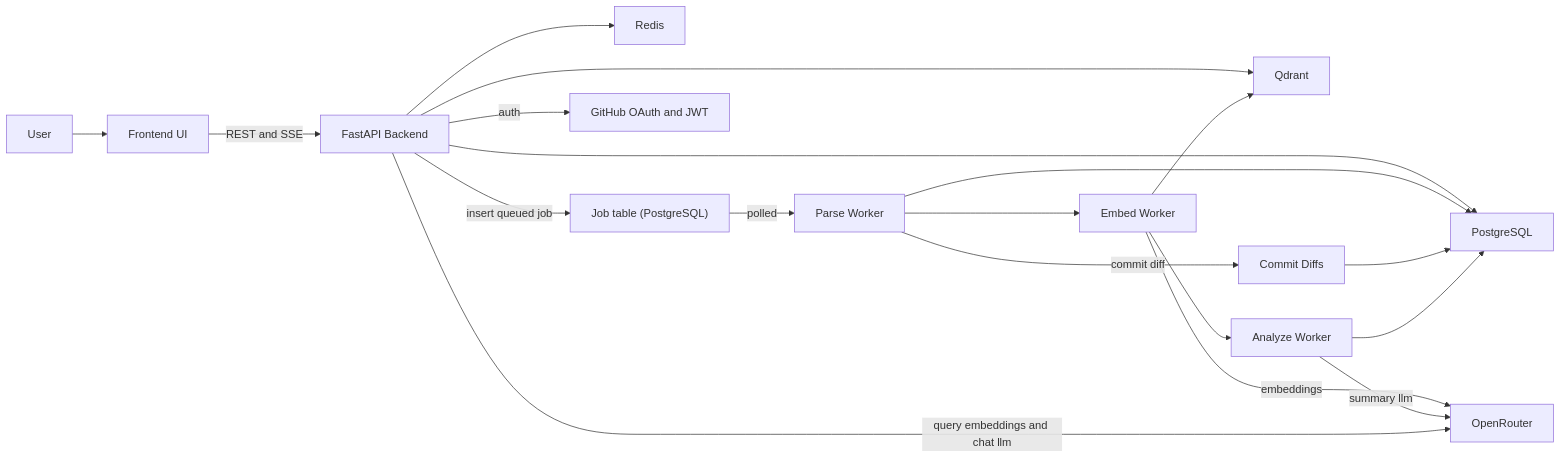
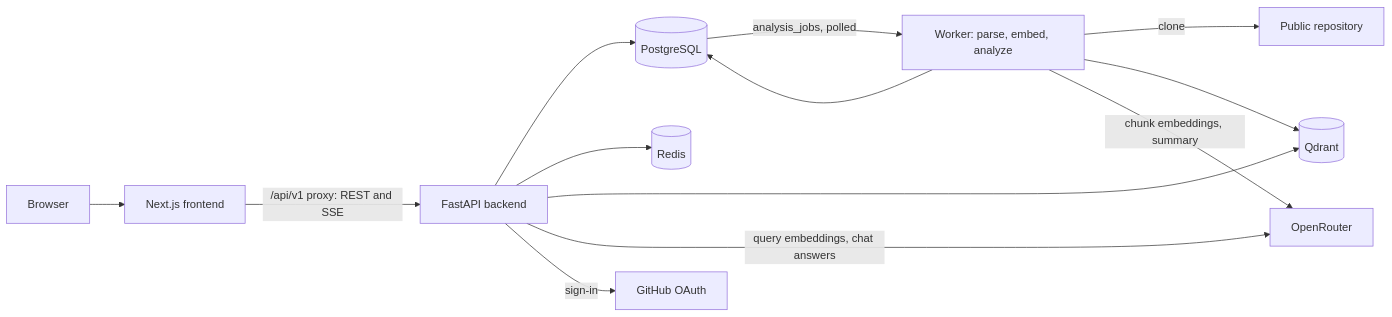
The diagram in README.md (atikulmunna/devlens-fullstack), drawn with Mermaid before and after one commit. The commit also changed other lines of this file and 3 other files, not shown here.

````diff
--- a/README.md
+++ b/README.md
@@ -44,25 +39,15 @@
 ```mermaid
 flowchart LR
-  user["User"] --> frontend["Frontend UI"]
-  frontend -->|REST and SSE| backend["FastAPI Backend"]
-
-  backend --> postgres["PostgreSQL"]
-  backend --> redis["Redis"]
-  backend --> qdrant["Qdrant"]
-
-  backend -->|insert queued job| jobs["Job table (PostgreSQL)"]
-  jobs -->|polled| parse["Parse Worker"]
-  parse --> embed["Embed Worker"]
-  embed --> analyze["Analyze Worker"]
-
-  parse --> postgres
-  parse -->|commit diff| diff["Commit Diffs"]
-  diff --> postgres
-  embed --> qdrant
-  analyze --> postgres
-
-  embed -->|embeddings| openrouter["OpenRouter"]
-  analyze -->|summary llm| openrouter
-  backend -->|auth| auth["GitHub OAuth and JWT"]
-  backend -->|query embeddings and chat llm| openrouter
+  user["Browser"] --> frontend["Next.js frontend"]
+  frontend -->|"/api/v1 proxy: REST and SSE"| backend["FastAPI backend"]
+  backend --> postgres[("PostgreSQL")]
+  backend --> redis[("Redis")]
+  backend --> qdrant[("Qdrant")]
+  backend -->|"query embeddings, chat answers"| openrouter["OpenRouter"]
+  backend -->|"sign-in"| github["GitHub OAuth"]
+  postgres -->|"analysis_jobs, polled"| worker["Worker: parse, embed, analyze"]
+  worker -->|"clone"| repo["Public repository"]
+  worker --> postgres
+  worker --> qdrant
+  worker -->|"chunk embeddings, summary"| openrouter
 ```
````
